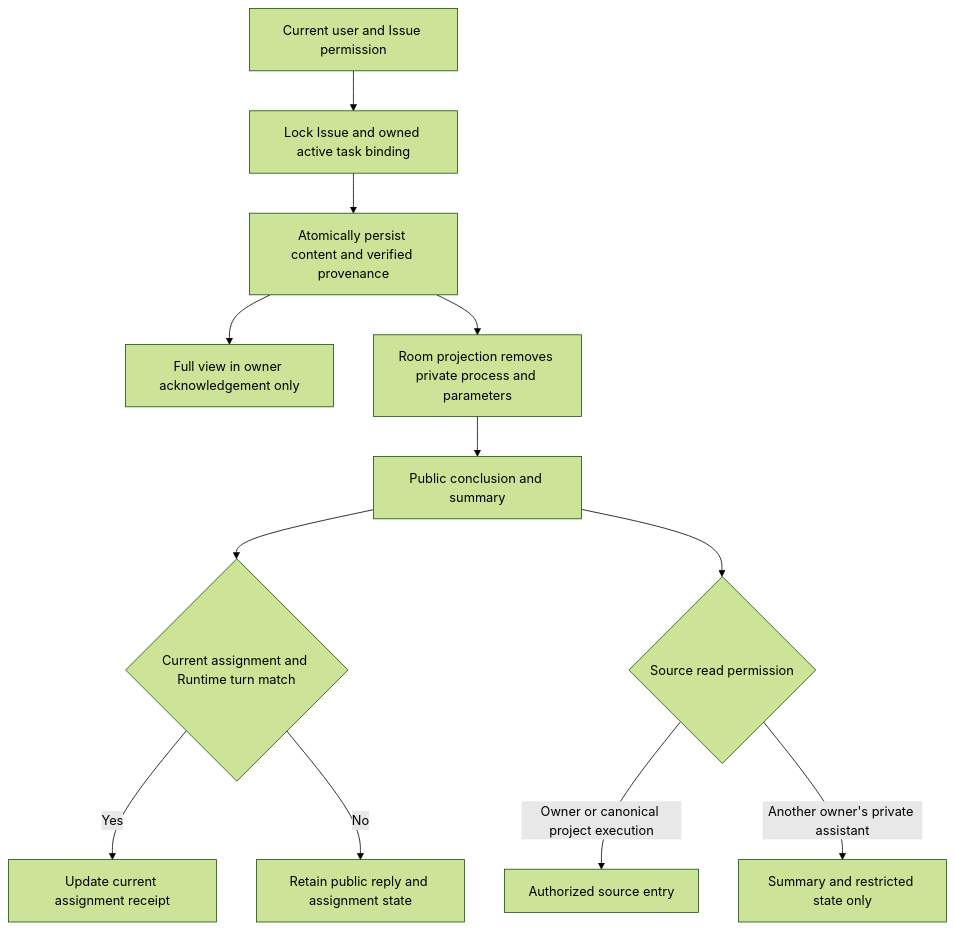
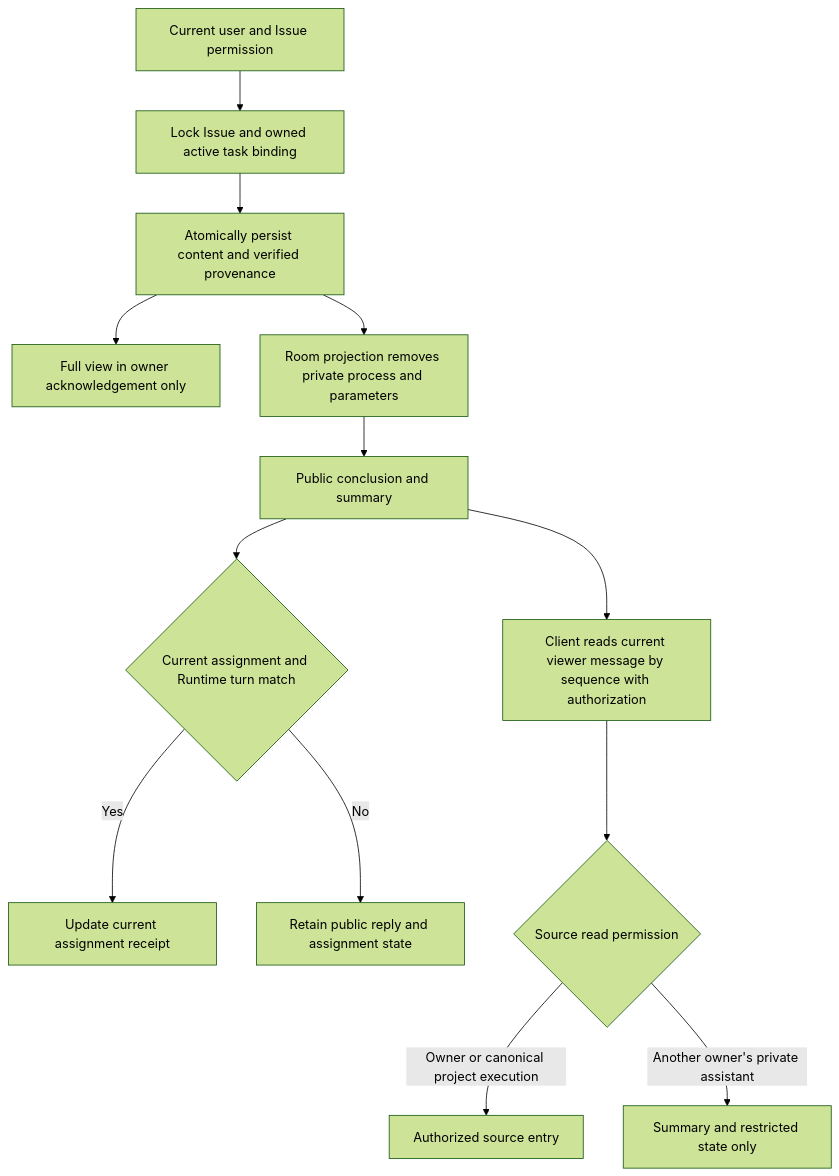
Before and after one commit to wecode-ai/Wegent: the first of 2 diagrams in docs/en/wegent/developer-guide/collaboration-permissions.md, drawn with Mermaid (forest theme). The commit also changed other lines of this file and 10 other files, not shown here.

````diff
--- a/docs/en/wegent/developer-guide/collaboration-permissions.md
+++ b/docs/en/wegent/developer-guide/collaboration-permissions.md
@@ -9,14 +9,15 @@
 ```mermaid
 flowchart TD
     Source[Current user and Issue permission] --> Lock[Lock Issue and owned active task binding]
     Lock --> Commit[Atomically persist content and verified provenance]
     Commit --> Owner[Full view in owner acknowledgement only]
     Commit --> Filter[Room projection removes private process and parameters]
     Filter --> Public[Public conclusion and summary]
     Public --> Receipt{Current assignment and Runtime turn match}
     Receipt -->|Yes| Complete[Update current assignment receipt]
     Receipt -->|No| History[Retain public reply and assignment state]
-    Public --> Trace{Source read permission}
+    Public --> Read[Client reads current viewer message by sequence with authorization]
+    Read --> Trace{Source read permission}
     Trace -->|Owner or canonical project execution| Scoped[Authorized source entry]
     Trace -->|Another owner's private assistant| Restricted[Summary and restricted state only]
 ```
````
